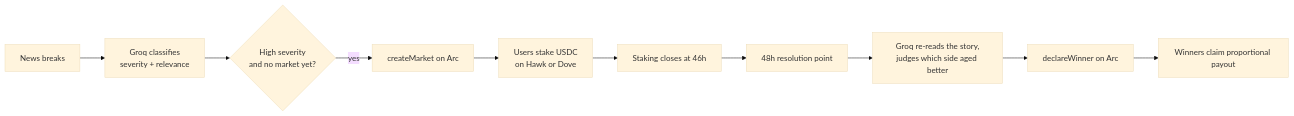
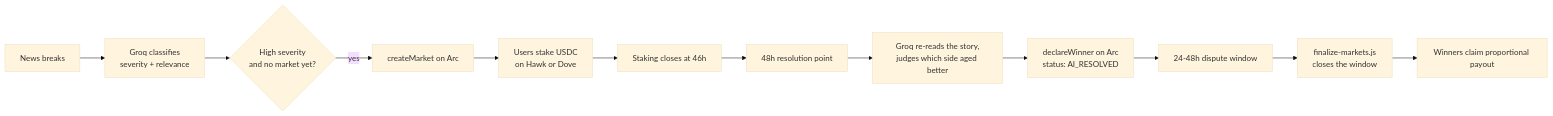
The second of 5 diagrams in README.md (blocknine0/geomacro), drawn with Mermaid (base theme) before and after one commit. The commit also changed other lines of this file, not shown here.

````diff
--- a/README.md
+++ b/README.md
@@ -102,12 +117,14 @@
 ```mermaid
 flowchart LR
     A[News breaks] --> B[Groq classifies<br/>severity + relevance]
     B --> C{High severity<br/>and no market yet?}
     C -->|yes| D[createMarket on Arc]
     D --> E[Users stake USDC<br/>on Hawk or Dove]
     E --> E2[Staking closes at 46h]
     E2 --> F[48h resolution point]
     F --> G[Groq re-reads the story,<br/>judges which side aged better]
-    G --> H[declareWinner on Arc]
-    H --> I[Winners claim proportional payout]
+    G --> H[declareWinner on Arc<br/>status: AI_RESOLVED]
+    H --> J[24-48h dispute window]
+    J --> K[finalize-markets.js<br/>closes the window]
+    K --> I[Winners claim proportional payout]
 ```
````
